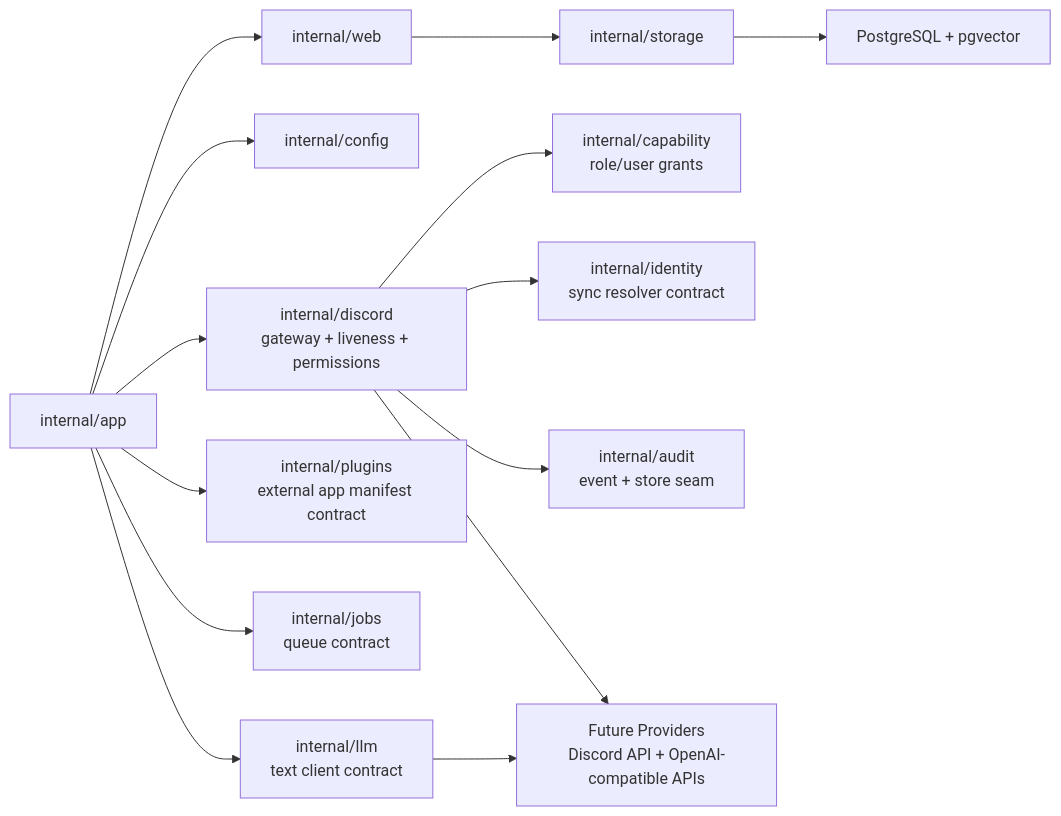
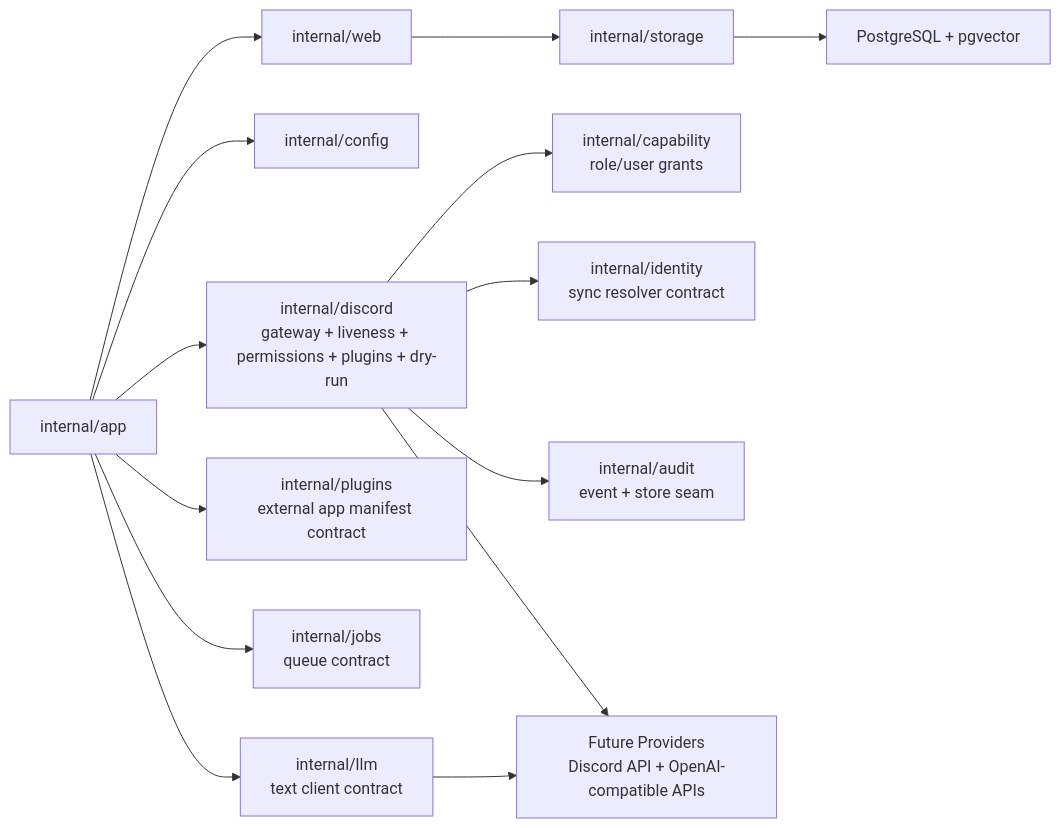
One commit to gOps132/GigiDC changed the diagram in docs/diagrams/service-adapters.md. Above: the diagram before and after it, drawn with Mermaid. The commit also changed other lines of this file and 17 other files, not shown here.

Commit message:
feat: add external app dry-run matching

````diff
--- a/docs/diagrams/service-adapters.md
+++ b/docs/diagrams/service-adapters.md
@@ -10,30 +10,30 @@
 ```mermaid
 flowchart LR
   App["internal/app"]
   Web["internal/web"]
   Config["internal/config"]
   Storage["internal/storage"]
-  Discord["internal/discord<br/>gateway + liveness + permissions"]
+  Discord["internal/discord<br/>gateway + liveness + permissions + plugins + dry-run"]
   Capability["internal/capability<br/>role/user grants"]
   Identity["internal/identity<br/>sync resolver contract"]
   Audit["internal/audit<br/>event + store seam"]
   Plugins["internal/plugins<br/>external app manifest contract"]
   Jobs["internal/jobs<br/>queue contract"]
   LLM["internal/llm<br/>text client contract"]
   DB["PostgreSQL + pgvector"]
   Providers["Future Providers<br/>Discord API + OpenAI-compatible APIs"]
 
   App --> Web
   App --> Config
   Web --> Storage
   Storage --> DB
   App --> Discord
   Discord --> Identity
   Discord --> Capability
   Discord --> Audit
   App --> Plugins
   App --> Jobs
   App --> LLM
   Discord --> Providers
   LLM --> Providers
 ```
````
